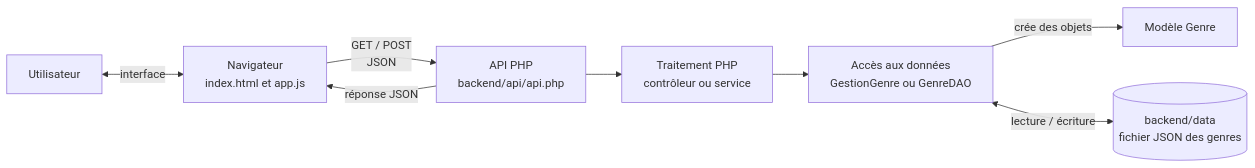
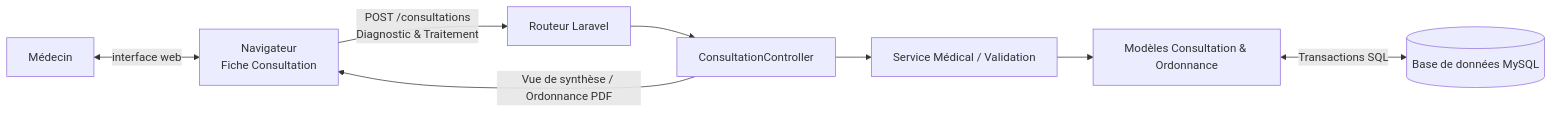
Before and after one commit to Oussama-Ech-charef/projet_file_rougee: the third of 3 diagrams in Rapport/Architecture logicielle/architecture_du_system.md, drawn with Mermaid. The commit also changed other lines of this file and 12 other files, not shown here.

````diff
--- a/Rapport/Architecture logicielle/architecture_du_system.md
+++ b/Rapport/Architecture logicielle/architecture_du_system.md
@@ -51,10 +51,10 @@
 ```mermaid
 flowchart LR
-    U[Utilisateur] <-->|interface| UI[Navigateur<br/>index.html et app.js]
-    UI -->|GET / POST<br/>JSON| API[API PHP<br/>backend/api/api.php]
-    API --> T[Traitement PHP<br/>contrôleur ou service]
-    T --> A[Accès aux données<br/>GestionGenre ou GenreDAO]
-    A -->|crée des objets| G[Modèle Genre]
-    A <-->|lecture / écriture| D[(backend/data<br/>fichier JSON des genres)]
-    API -->|réponse JSON| UI
+    U[Médecin] <-->|interface web| UI[Navigateur<br/>Fiche Consultation]
+    UI -->|POST /consultations<br/>Diagnostic & Traitement| R[Routeur Laravel]
+    R --> C[ConsultationController]
+    C --> S[Service Médical / Validation]
+    S --> M[Modèles Consultation & Ordonnance]
+    M <-->|Transactions SQL| DB[(Base de données MySQL)]
+    C -->|Vue de synthèse / Ordonnance PDF| UI
 ```
````
